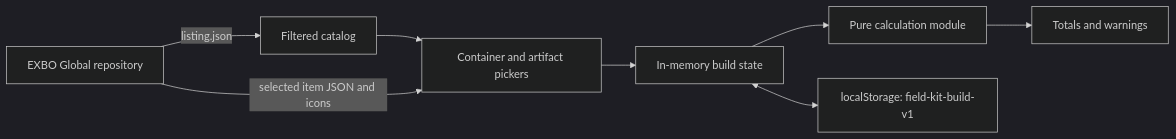
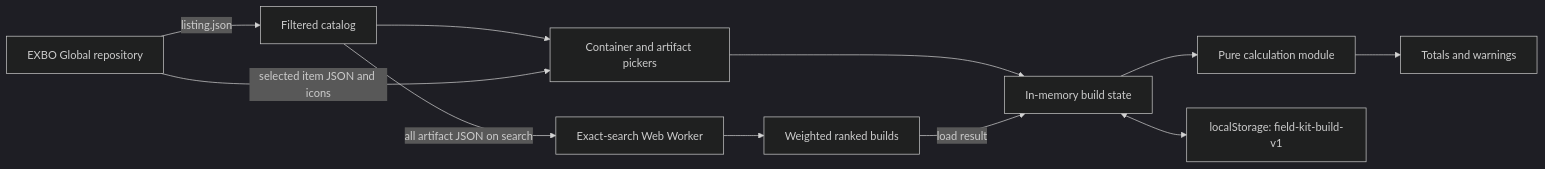
The diagram in docs/architecture.md (mzmrk/stalzone-field-kit), drawn with Mermaid (dark theme) before and after one commit. The commit also changed other lines of this file and 12 other files, not shown here.

Commit message:
optimizer,ui,tests: enable exact weighted build discovery (worker brute force, feasible scoring, result loading)

````diff
--- a/docs/architecture.md
+++ b/docs/architecture.md
@@ -17,10 +18,13 @@
 ```mermaid
 flowchart LR
     EXBO["EXBO Global repository"] -->|listing.json| Catalog["Filtered catalog"]
     Catalog --> Picker["Container and artifact pickers"]
     EXBO -->|selected item JSON and icons| Picker
     Picker --> Build["In-memory build state"]
     Build --> Calculator["Pure calculation module"]
     Calculator --> Results["Totals and warnings"]
     Build <--> Storage["localStorage: field-kit-build-v1"]
+    Catalog -->|all artifact JSON on search| Optimizer["Exact-search Web Worker"]
+    Optimizer --> Ranked["Weighted ranked builds"]
+    Ranked -->|load result| Build
 ```
````
